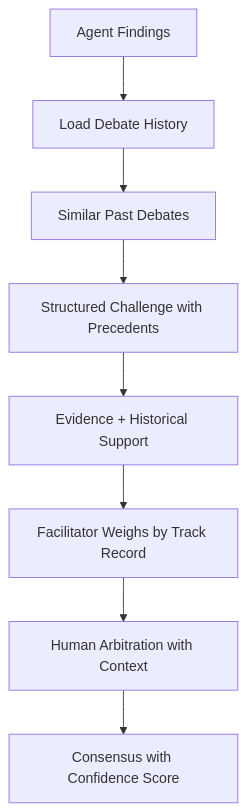
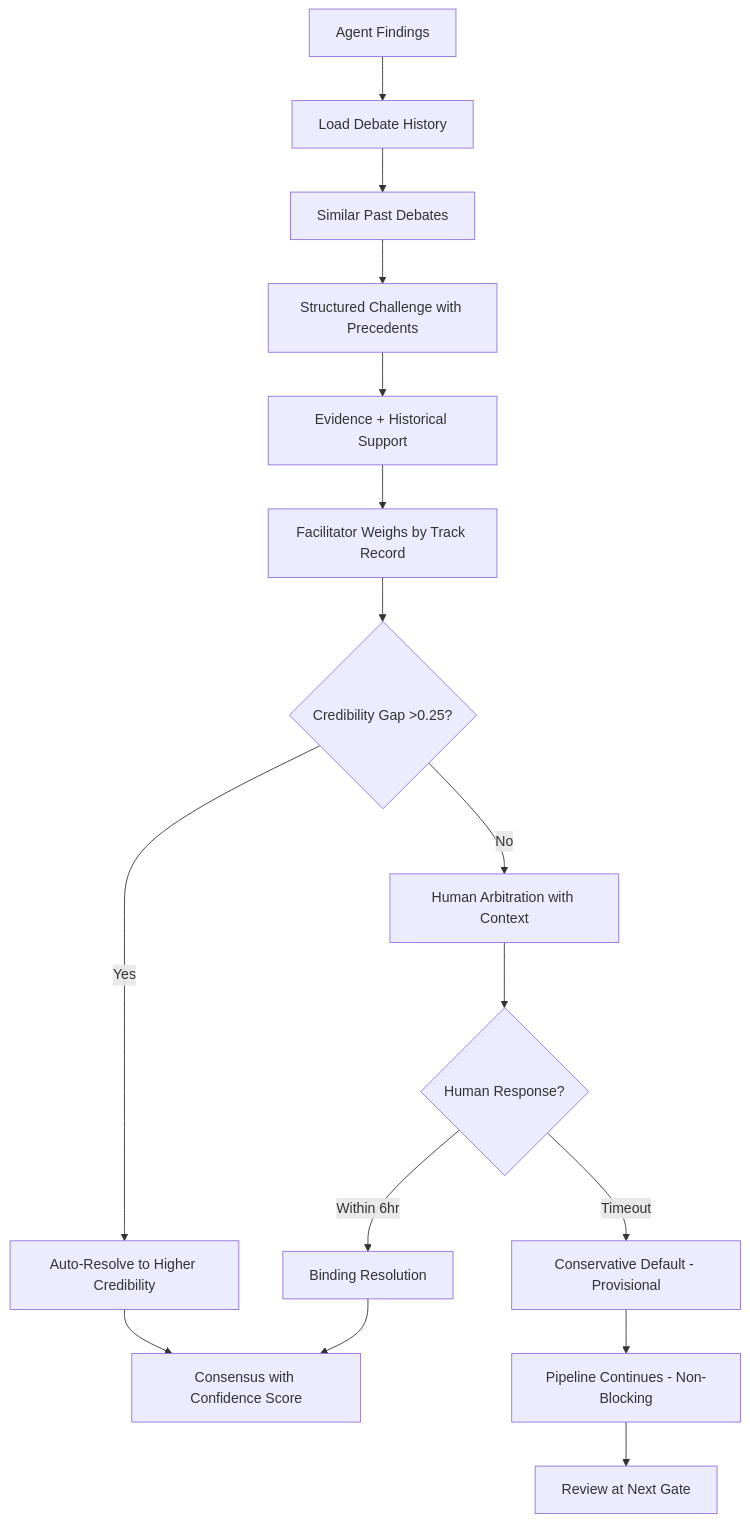
The third of 5 diagrams in docs/operations/01-analysis-pipeline.md (syz51/fundamental-analysis-system), drawn with Mermaid before and after one commit. The commit also changed other lines of this file and 10 other files, not shown here.

````diff
--- a/docs/operations/01-analysis-pipeline.md
+++ b/docs/operations/01-analysis-pipeline.md
@@ -76,10 +76,18 @@
 ```mermaid
 graph TB
     A[Agent Findings] --> B[Load Debate History]
     B --> C[Similar Past Debates]
     C --> D[Structured Challenge with Precedents]
     D --> E[Evidence + Historical Support]
     E --> F[Facilitator Weighs by Track Record]
-    F --> G[Human Arbitration with Context]
-    G --> H[Consensus with Confidence Score]
+    F --> G{Credibility Gap >0.25?}
+    G -->|Yes| H[Auto-Resolve to Higher Credibility]
+    G -->|No| I[Human Arbitration with Context]
+    I --> J{Human Response?}
+    J -->|Within 6hr| K[Binding Resolution]
+    J -->|Timeout| L[Conservative Default - Provisional]
+    H --> M[Consensus with Confidence Score]
+    K --> M
+    L --> N[Pipeline Continues - Non-Blocking]
+    N --> O[Review at Next Gate]
 ```
````
